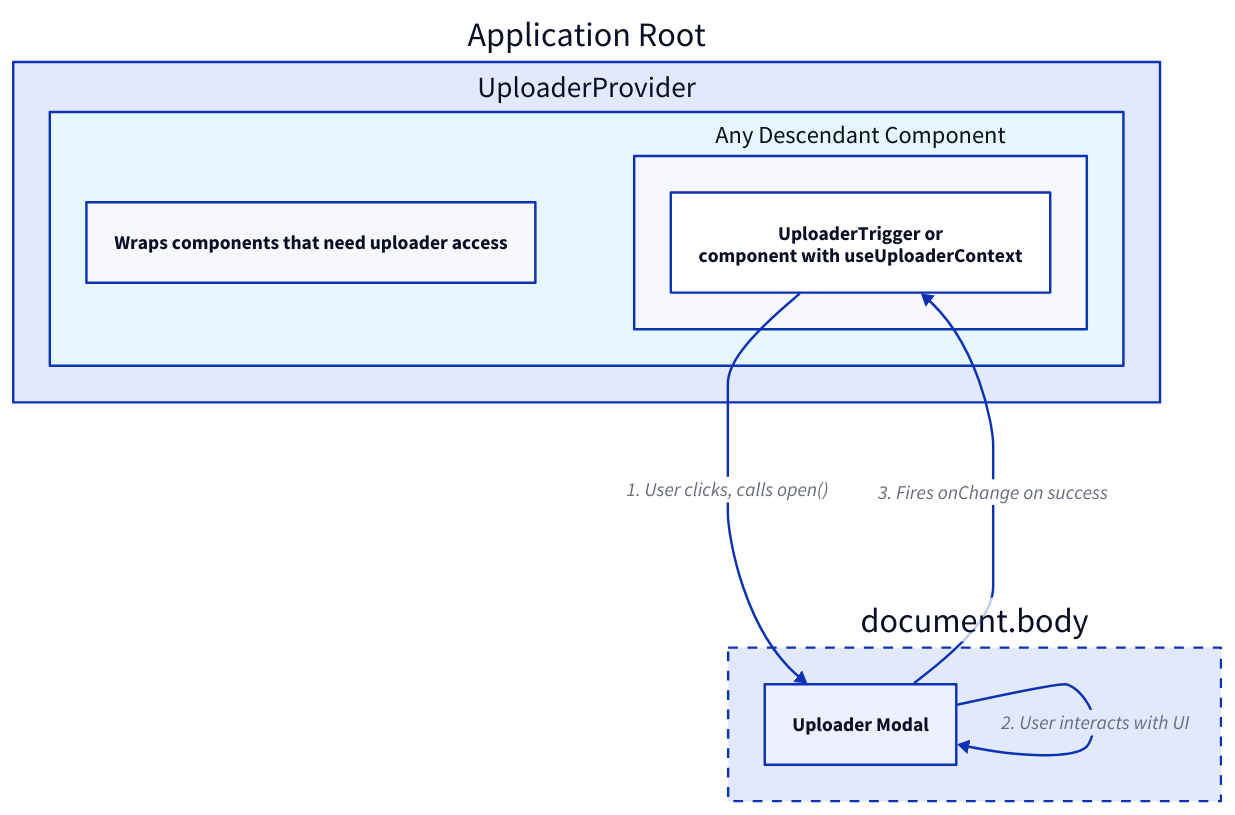
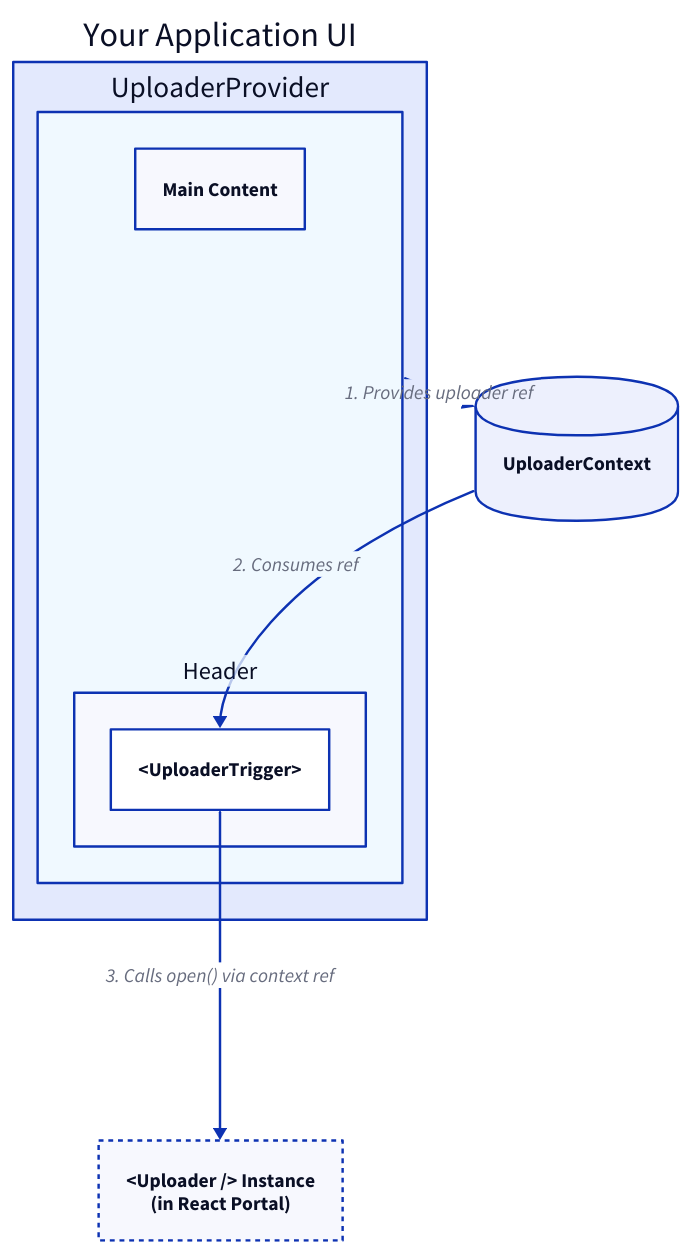
The diagram in .aigne/doc-smith/docs/api-reference-uploader-provider-hooks.md (blocklet/media-kit), drawn with D2 before and after one commit. The commit also changed other lines of this file and 25 other files, not shown here.

````diff
--- a/.aigne/doc-smith/docs/api-reference-uploader-provider-hooks.md
+++ b/.aigne/doc-smith/docs/api-reference-uploader-provider-hooks.md
@@ -11,39 +25,46 @@
 ```d2
 direction: down
 
-app-root: {
-  label: "Application Root"
+app-ui: {
+  label: "Your Application UI"
   shape: rectangle
 
   uploader-provider: {
     label: "UploaderProvider"
     shape: rectangle
-    style.fill: "#e6f7ff"
-    "Wraps components that need uploader access"
+    style.fill: "#f0f9ff"
 
-    some-component: {
-        label: "Any Descendant Component"
+    header: {
+      label: "Header"
+      shape: rectangle
+
+      upload-button: {
+        label: "<UploaderTrigger>"
         shape: rectangle
+      }
+    }
 
-        uploader-trigger: {
-            label: "UploaderTrigger or\ncomponent with useUploaderContext"
-        }
+    main-content: {
+      label: "Main Content"
+      shape: rectangle
     }
   }
 }
 
-portal-target: {
-  label: "document.body"
+uploader-instance: {
+  label: "<Uploader /> Instance\n(in React Portal)"
   shape: rectangle
-  style.stroke-dash: 4
-
-  uploader-modal: {
-    label: "Uploader Modal"
-    shape: rectangle
-  }
+  style.stroke-dash: 2
 }
 
-app-root.uploader-provider.some-component.uploader-trigger -> portal-target.uploader-modal: "1. User clicks, calls open()"
-portal-target.uploader-modal -> portal-target.uploader-modal: "2. User interacts with UI"
-portal-target.uploader-modal -> app-root.uploader-provider.some-component.uploader-trigger: "3. Fires onChange on success"
+app-ui.uploader-provider.header.upload-button -> uploader-instance: "3. Calls open() via context ref"
+
+context: {
+  label: "UploaderContext"
+  shape: cylinder
+}
+
+app-ui.uploader-provider -> context: "1. Provides uploader ref"
+context -> app-ui.uploader-provider.header.upload-button: "2. Consumes ref"
+
 ```
````
